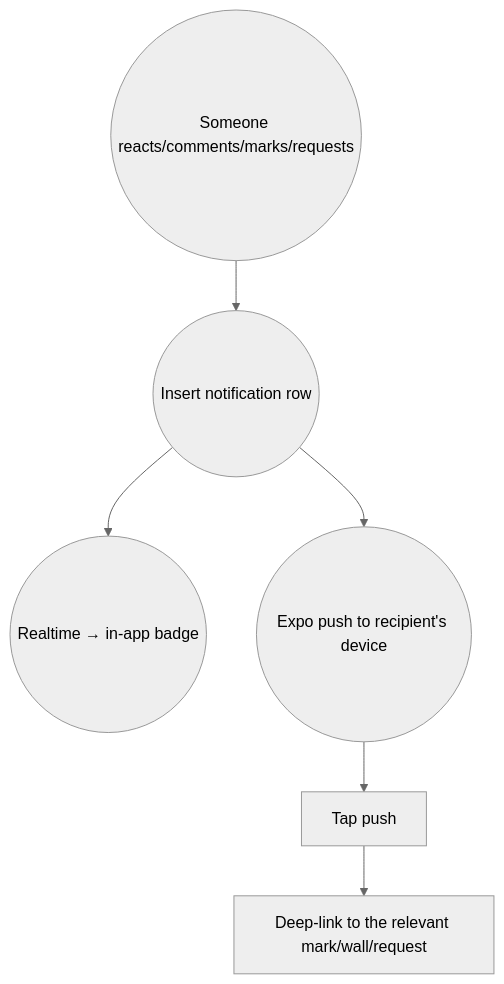
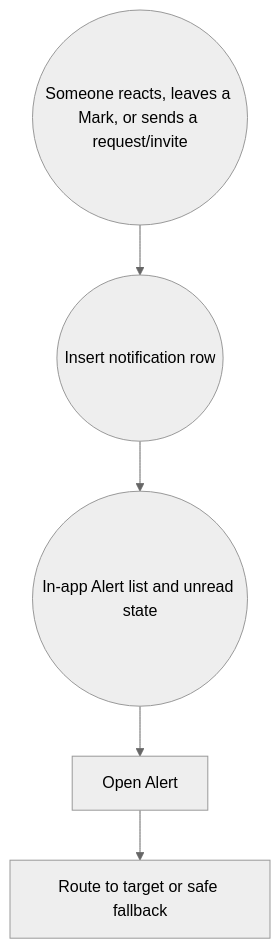
Before and after one commit to darshitmeghani1992/the-wall: the seventh of 7 diagrams in docs/02_User_Flows.md, drawn with Mermaid (neutral theme). The commit also changed other lines of this file and 12 other files, not shown here.

````diff
--- a/docs/02_User_Flows.md
+++ b/docs/02_User_Flows.md
@@ -126,7 +106,6 @@
 ```mermaid
 flowchart TD
-  E((Someone reacts/comments/marks/requests)) --> N((Insert notification row))
-  N --> RT((Realtime → in-app badge))
-  N --> PUSH((Expo push to recipient's device))
-  PUSH --> O[Tap push] --> DEEP[Deep-link to the relevant mark/wall/request]
+  E((Someone reacts, leaves a Mark, or sends a request/invite)) --> N((Insert notification row))
+  N --> RT((In-app Alert list and unread state))
+  RT --> O[Open Alert] --> DEEP[Route to target or safe fallback]
 ```
````
